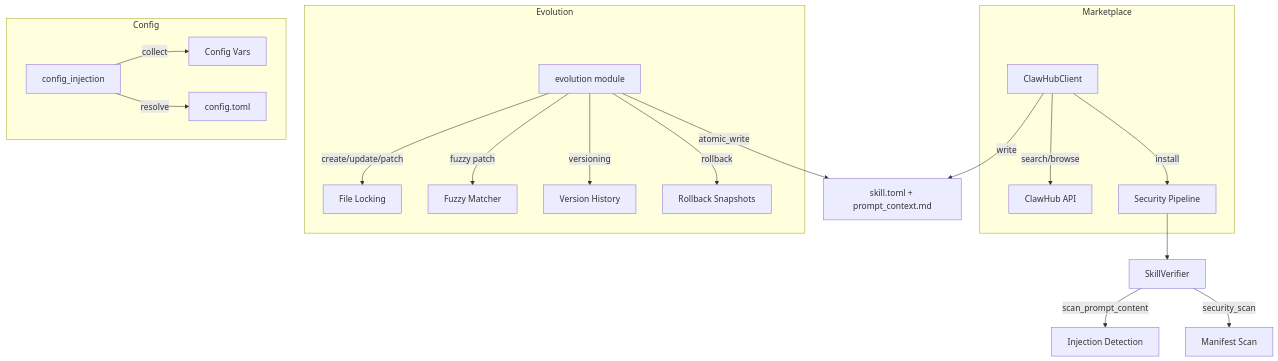
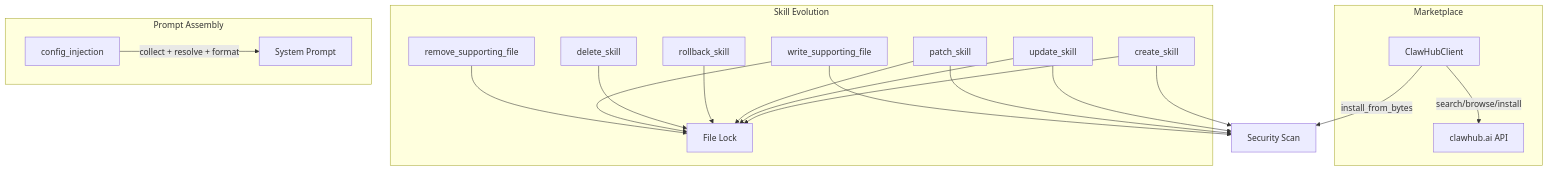
Before and after one commit to leszek3737/librefang-WIki: the diagram in skills-system.md, drawn with Mermaid. The commit also changed other lines of this file and 125 other files, not shown here.

````diff
--- a/skills-system.md
+++ b/skills-system.md
@@ -9,29 +9,26 @@
 ```mermaid
 graph TD
     subgraph "Marketplace"
-        CHC[ClawHubClient]
-        CHC -->|search/browse| API[ClawHub API]
-        CHC -->|install| SEC[Security Pipeline]
+        CH[ClawHubClient] --> |search/browse/install| API[clawhub.ai API]
     end
 
-    subgraph "Evolution"
-        EVO[evolution module]
-        EVO -->|create/update/patch| LOCK[File Locking]
-        EVO -->|fuzzy patch| FUZZ[Fuzzy Matcher]
-        EVO -->|versioning| VERS[Version History]
-        EVO -->|rollback| SNAP[Rollback Snapshots]
+    subgraph "Skill Evolution"
+        CR[create_skill] --> LOCK[File Lock]
+        UP[update_skill] --> LOCK
+        PA[patch_skill] --> LOCK
+        RB[rollback_skill] --> LOCK
+        DEL[delete_skill] --> LOCK
+        WF[write_supporting_file] --> LOCK
+        RF[remove_supporting_file] --> LOCK
     end
 
-    subgraph "Config"
-        CFG[config_injection]
-        CFG -->|collect| VARS[Config Vars]
-        CFG -->|resolve| TOML[config.toml]
+    subgraph "Prompt Assembly"
+        CI[config_injection] --> |collect + resolve + format| SP[System Prompt]
     end
 
-    SEC --> VERIFY[SkillVerifier]
-    VERIFY -->|scan_prompt_content| INJ[Injection Detection]
-    VERIFY -->|security_scan| MANIFEST[Manifest Scan]
-
-    CHC -->|write| DISK[skill.toml + prompt_context.md]
-    EVO -->|atomic_write| DISK
+    CH --> |install_from_bytes| SEC[Security Scan]
+    CR --> SEC
+    UP --> SEC
+    PA --> SEC
+    WF --> SEC
 ```
````
